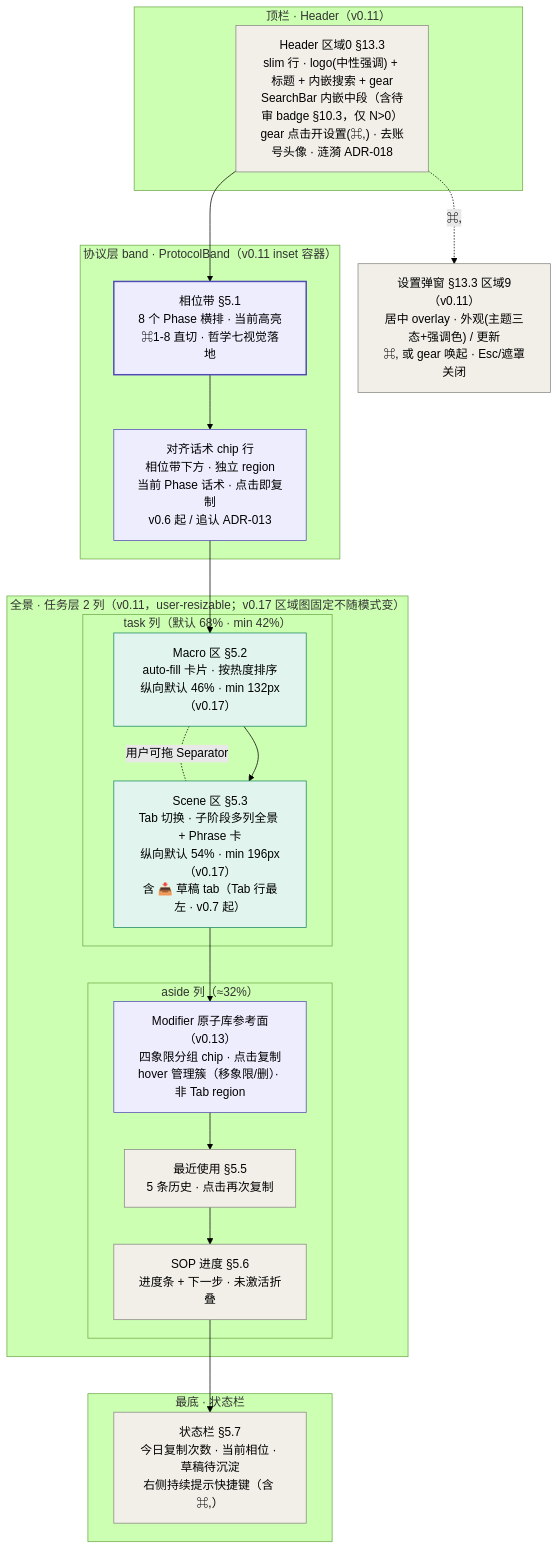
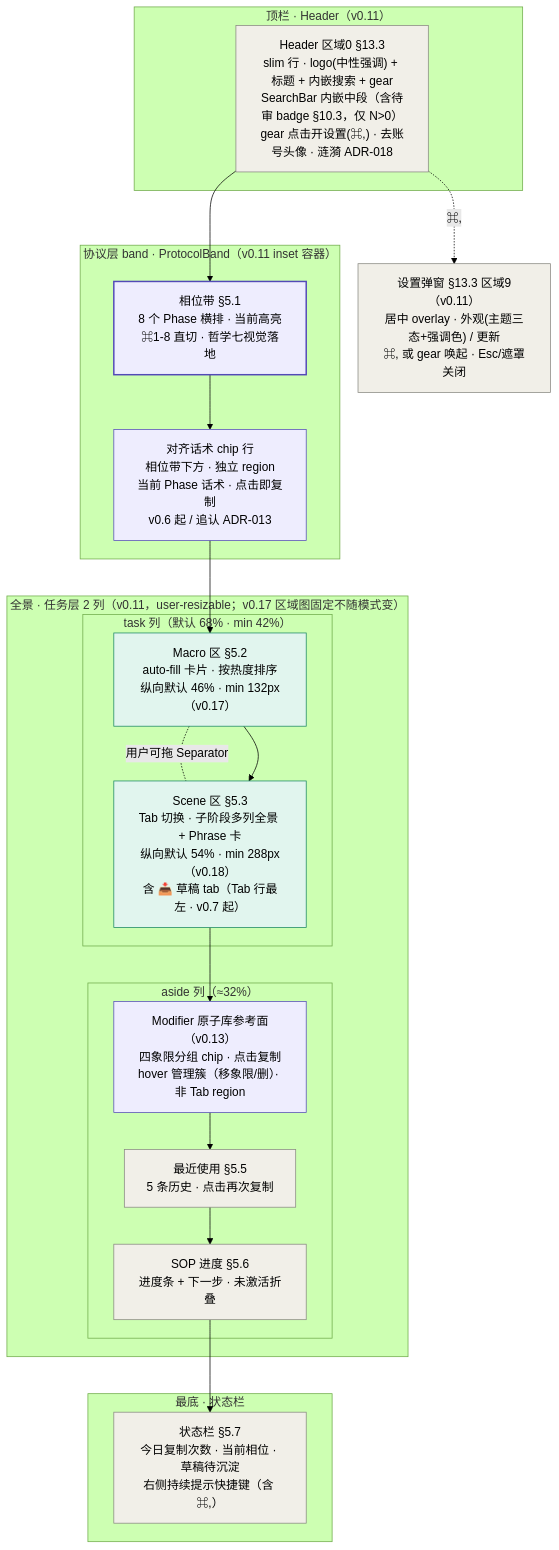
The fourth of 4 diagrams in docs/design/03-product-spec.md (HuiW86/prompt-hub), drawn with Mermaid (forest theme) before and after one commit. The commit also changed other lines of this file and 8 other files, not shown here.

````diff
--- a/docs/design/03-product-spec.md
+++ b/docs/design/03-product-spec.md
@@ -602,51 +602,51 @@
 ```mermaid
 graph TD
     subgraph 顶栏["顶栏 · Header（v0.11）"]
         H["Header 区域0 §13.3<br/>slim 行 · logo(中性强调) + 标题 + 内嵌搜索 + gear<br/>SearchBar 内嵌中段（含待审 badge §10.3，仅 N>0）<br/>gear 点击开设置(⌘,) · 去账号头像 · 涟漪 ADR-018"]
     end
 
     subgraph 协议带["协议层 band · ProtocolBand（v0.11 inset 容器）"]
         P["相位带 §5.1<br/>8 个 Phase 横排 · 当前高亮<br/>⌘1-8 直切 · 哲学七视觉落地"]
         AP["对齐话术 chip 行<br/>相位带下方 · 独立 region<br/>当前 Phase 话术 · 点击即复制<br/>v0.6 起 / 追认 ADR-013"]
     end
 
     subgraph 全景["全景 · 任务层 2 列（v0.11，user-resizable；v0.17 区域图固定不随模式变）"]
         subgraph 任务列["task 列（默认 68% · min 42%）"]
             M["Macro 区 §5.2<br/>auto-fill 卡片 · 按热度排序<br/>纵向默认 46% · min 132px（v0.17）"]
-            SC["Scene 区 §5.3<br/>Tab 切换 · 子阶段多列全景 + Phrase 卡<br/>纵向默认 54% · min 196px（v0.17）<br/>含 📥 草稿 tab（Tab 行最左 · v0.7 起）"]
+            SC["Scene 区 §5.3<br/>Tab 切换 · 子阶段多列全景 + Phrase 卡<br/>纵向默认 54% · min 288px（v0.18）<br/>含 📥 草稿 tab（Tab 行最左 · v0.7 起）"]
             M -.用户可拖 Separator.- SC
         end
         subgraph 辅列["aside 列（≈32%）"]
             MOD["Modifier 原子库参考面（v0.13）<br/>四象限分组 chip · 点击复制<br/>hover 管理簇（移象限/删）· 非 Tab region"]
             R["最近使用 §5.5<br/>5 条历史 · 点击再次复制"]
             SOP["SOP 进度 §5.6<br/>进度条 + 下一步 · 未激活折叠"]
         end
     end
 
     subgraph 最底["最底 · 状态栏"]
         ST["状态栏 §5.7<br/>今日复制次数 · 当前相位 · 草稿待沉淀<br/>右侧持续提示快捷键（含 ⌘,）"]
     end
 
     SET["设置弹窗 §13.3 区域9（v0.11）<br/>居中 overlay · 外观(主题三态+强调色) / 更新<br/>⌘, 或 gear 唤起 · Esc/遮罩关闭"]
 
     H --> P
     P --> AP
     AP --> M
     M --> SC
     SC --> MOD
     MOD --> R
     R --> SOP
     SOP --> ST
     H -.⌘,.-> SET
 
     style H fill:#F1EFE8,stroke:#888780,stroke-width:1px
     style P fill:#EEEDFE,stroke:#534AB7,stroke-width:2px
     style AP fill:#EEEDFE,stroke:#534AB7,stroke-width:1px
     style M fill:#E1F5EE,stroke:#178561,stroke-width:1px
     style SC fill:#E1F5EE,stroke:#178561,stroke-width:1px
     style MOD fill:#EEEDFE,stroke:#534AB7,stroke-width:1px
     style R fill:#F1EFE8,stroke:#888780,stroke-width:1px
     style SOP fill:#F1EFE8,stroke:#888780,stroke-width:1px
     style ST fill:#F1EFE8,stroke:#888780,stroke-width:1px
     style SET fill:#F1EFE8,stroke:#888780,stroke-width:1px
 ```
````
